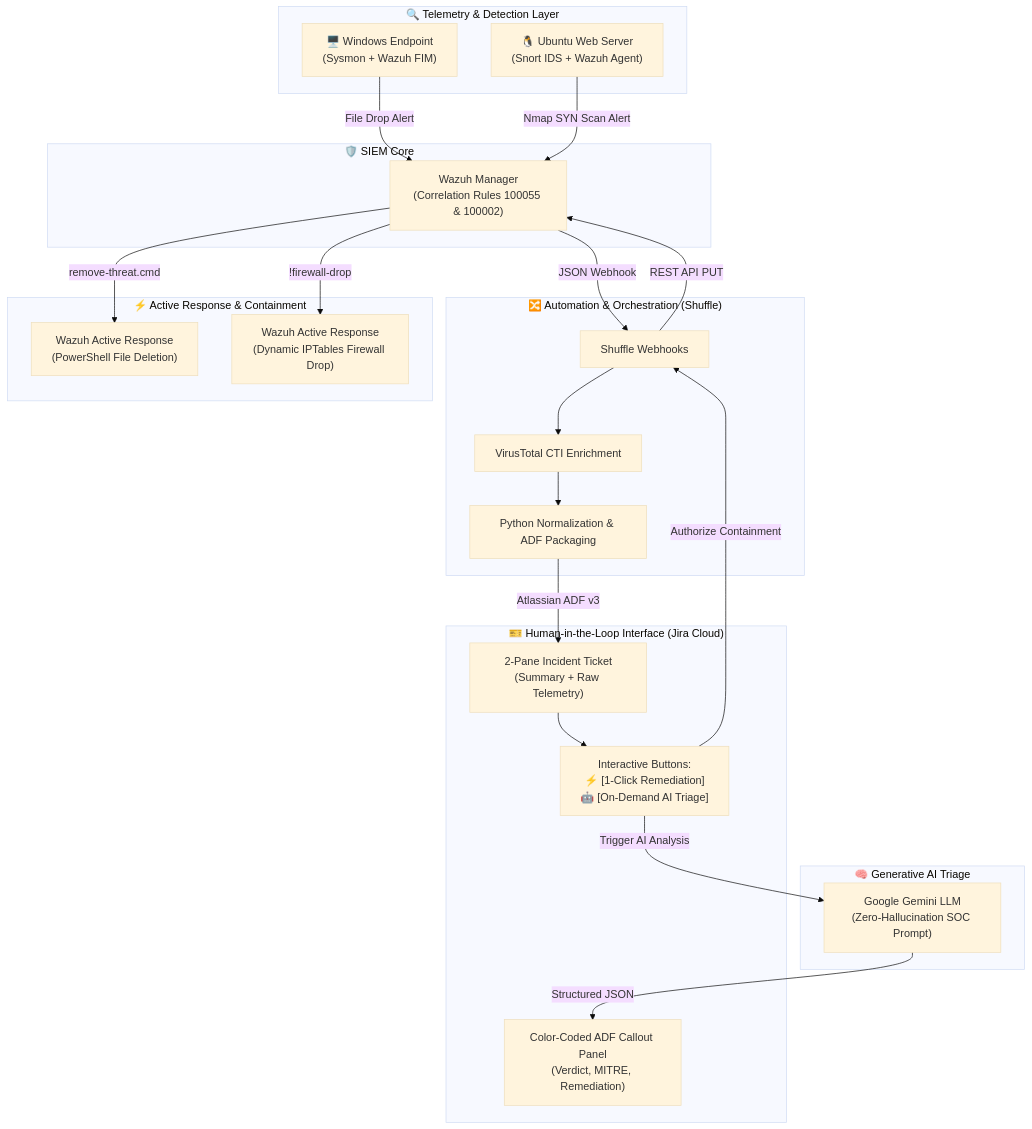
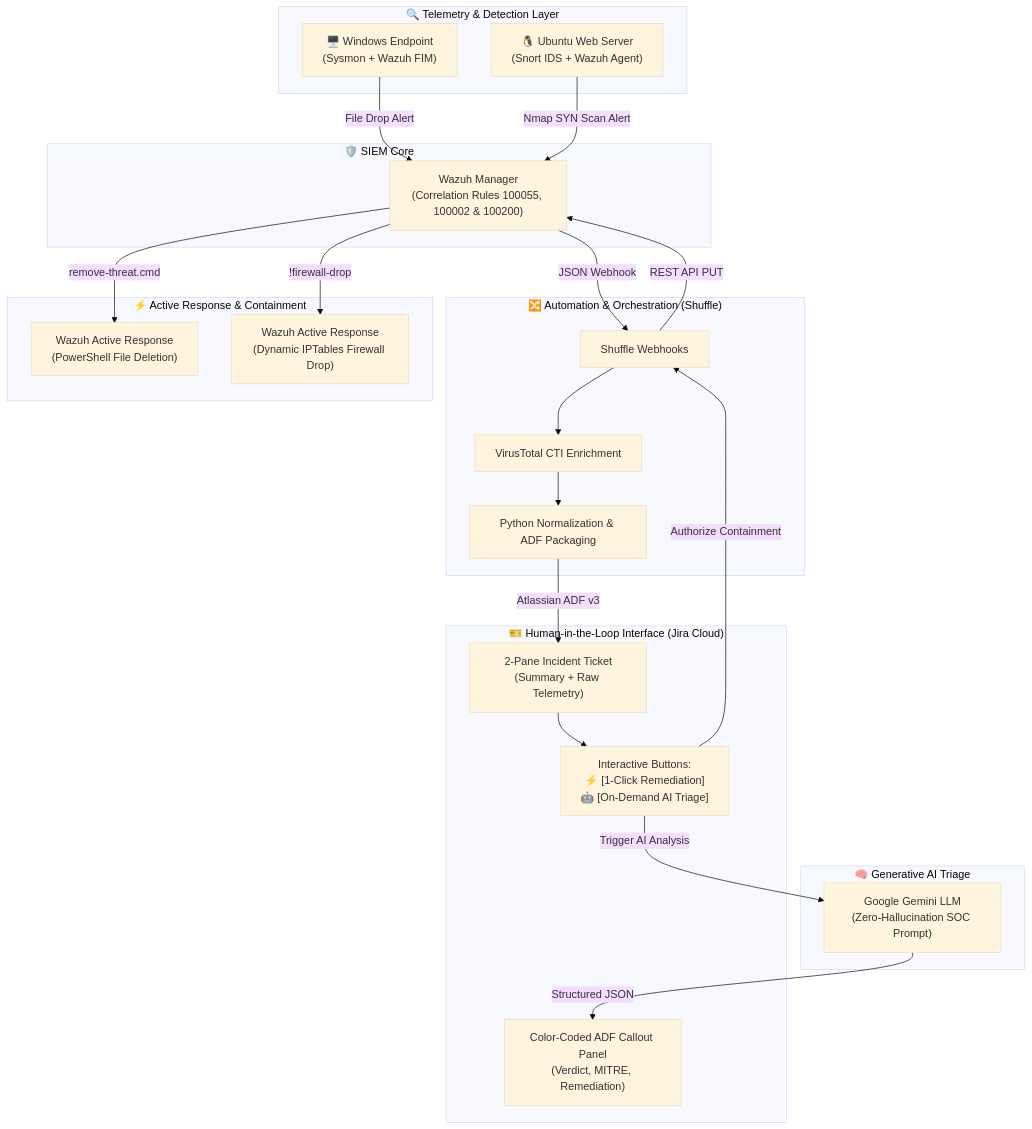
Before and after one commit to mikeH1fsd/soc-soar-ai-lab: the diagram in README.md, drawn with Mermaid (base theme). The commit also changed other lines of this file and 14 other files, not shown here.

````diff
--- a/README.md
+++ b/README.md
@@ -24,46 +25,46 @@
 ```mermaid
 flowchart TD
     subgraph Detection["🔍 Telemetry & Detection Layer"]
         A1["🖥️ Windows Endpoint<br/>(Sysmon + Wazuh FIM)"]
         A2["🐧 Ubuntu Web Server<br/>(Snort IDS + Wazuh Agent)"]
     end
 
     subgraph SIEM["🛡️ SIEM Core"]
-        W1["Wazuh Manager<br/>(Correlation Rules 100055 & 100002)"]
+        W1["Wazuh Manager<br/>(Correlation Rules 100055, 100002 & 100200)"]
     end
 
     subgraph SOAR["🔀 Automation & Orchestration (Shuffle)"]
         S1["Shuffle Webhooks"]
         S2["Python Normalization & ADF Packaging"]
         S3["VirusTotal CTI Enrichment"]
     end
 
     subgraph AI["🧠 Generative AI Triage"]
         G1["Google Gemini LLM<br/>(Zero-Hallucination SOC Prompt)"]
     end
 
     subgraph ITSM["🎫 Human-in-the-Loop Interface (Jira Cloud)"]
         J1["2-Pane Incident Ticket<br/>(Summary + Raw Telemetry)"]
         J2["Interactive Buttons:<br/>⚡ [1-Click Remediation]<br/>🤖 [On-Demand AI Triage]"]
         J3["Color-Coded ADF Callout Panel<br/>(Verdict, MITRE, Remediation)"]
     end
 
     subgraph Response["⚡ Active Response & Containment"]
         R1["Wazuh Active Response<br/>(PowerShell File Deletion)"]
         R2["Wazuh Active Response<br/>(Dynamic IPTables Firewall Drop)"]
     end
 
     A1 -->|File Drop Alert| W1
     A2 -->|Nmap SYN Scan Alert| W1
     W1 -->|JSON Webhook| S1
     S1 --> S3
     S3 --> S2
     S2 -->|Atlassian ADF v3| J1
     J1 --> J2
     J2 -->|Trigger AI Analysis| G1
     G1 -->|Structured JSON| J3
     J2 -->|Authorize Containment| S1
     S1 -->|REST API PUT| W1
     W1 -->|remove-threat.cmd| R1
     W1 -->|!firewall-drop| R2
 ```
````
